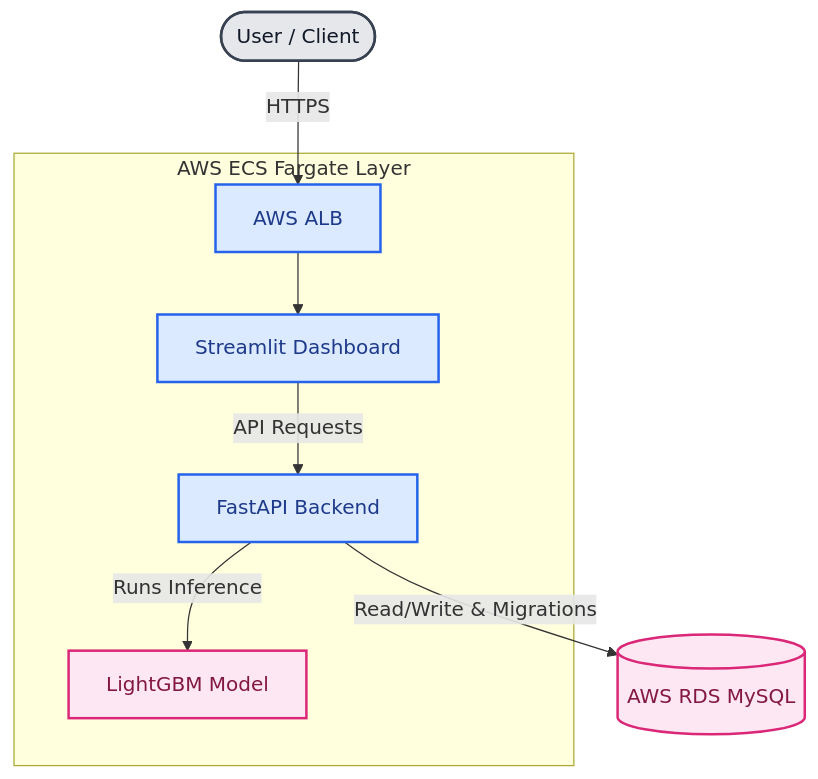
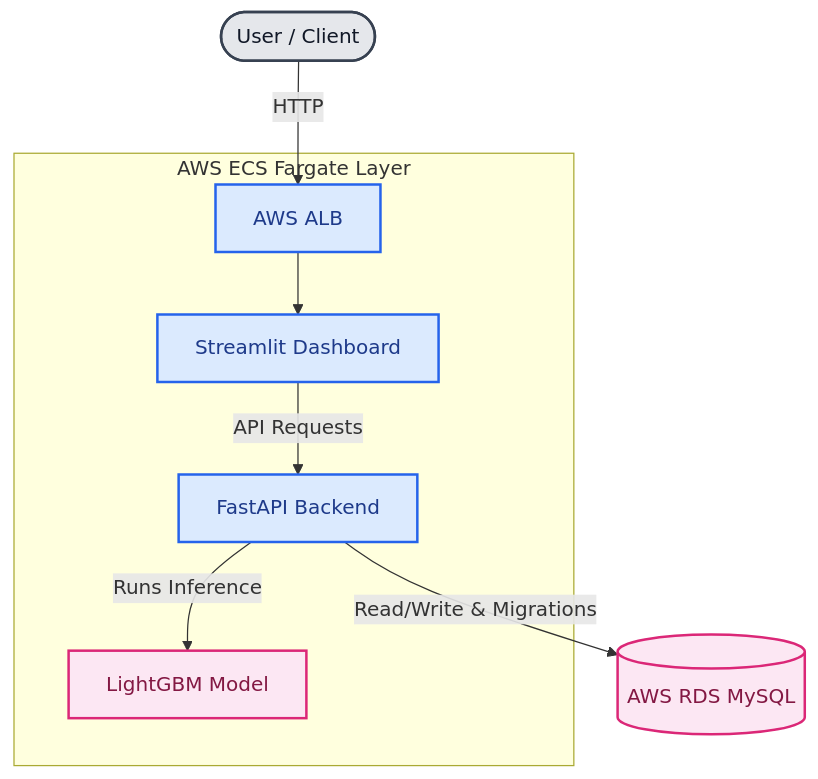
The first of 2 diagrams in README.md (LexaBeni/fraud-detection-platform), drawn with Mermaid before and after one commit. The commit also changed other lines of this file, not shown here.

````diff
--- a/README.md
+++ b/README.md
@@ -32,22 +32,22 @@
 ```mermaid
 graph TD
     %% Custom styling for contrast and text visibility
     classDef client fill:#E5E7EB,stroke:#374151,stroke-width:2px,color:#111827;
     classDef app fill:#DBEAFE,stroke:#2563EB,stroke-width:2px,color:#1E3A8A;
     classDef data fill:#FCE7F3,stroke:#DB2777,stroke-width:2px,color:#831843;
 
-    User([User / Client]) --> |HTTPS| ALB[AWS ALB]
+    User([User / Client]) --> |HTTP| ALB[AWS ALB]
 
     subgraph ECS [AWS ECS Fargate Layer]
         ALB --> Streamlit[Streamlit Dashboard]
         Streamlit -->|API Requests| FastAPI[FastAPI Backend]
         FastAPI -->|Runs Inference| LightXGB[LightGBM Model]
     end
 
     FastAPI -->|Read/Write & Migrations| RDS[(AWS RDS MySQL)]
 
     %% Apply visibility styles
     class User client;
     class ALB,Streamlit,FastAPI app;
     class LightXGB,RDS data;
 ```
````
